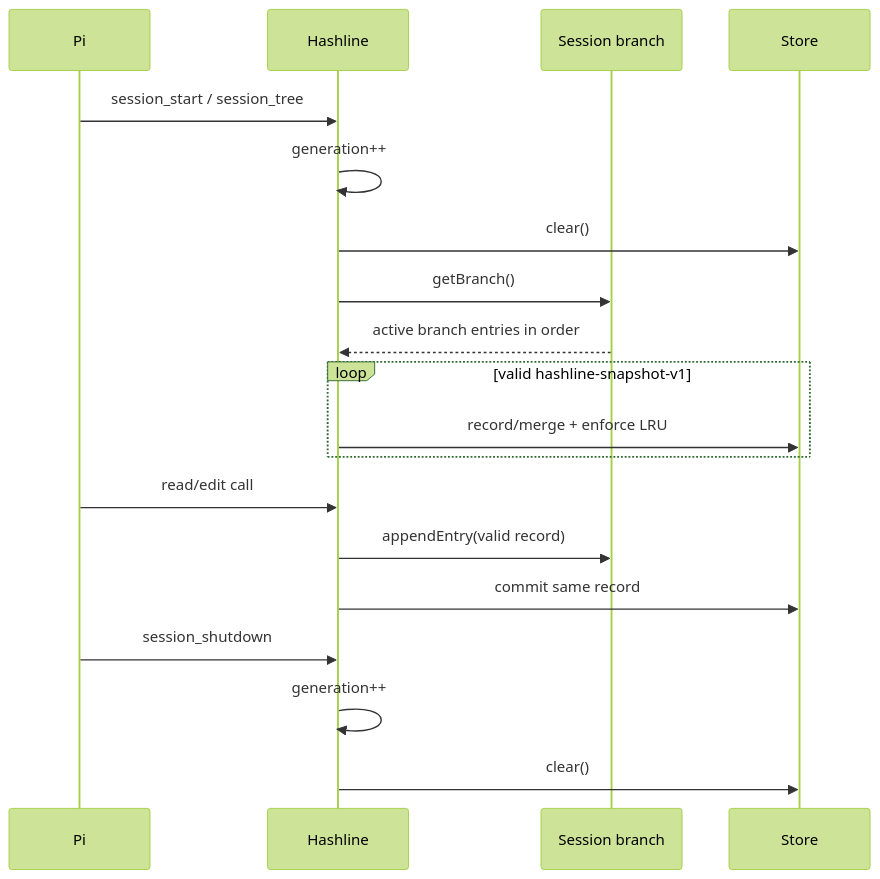
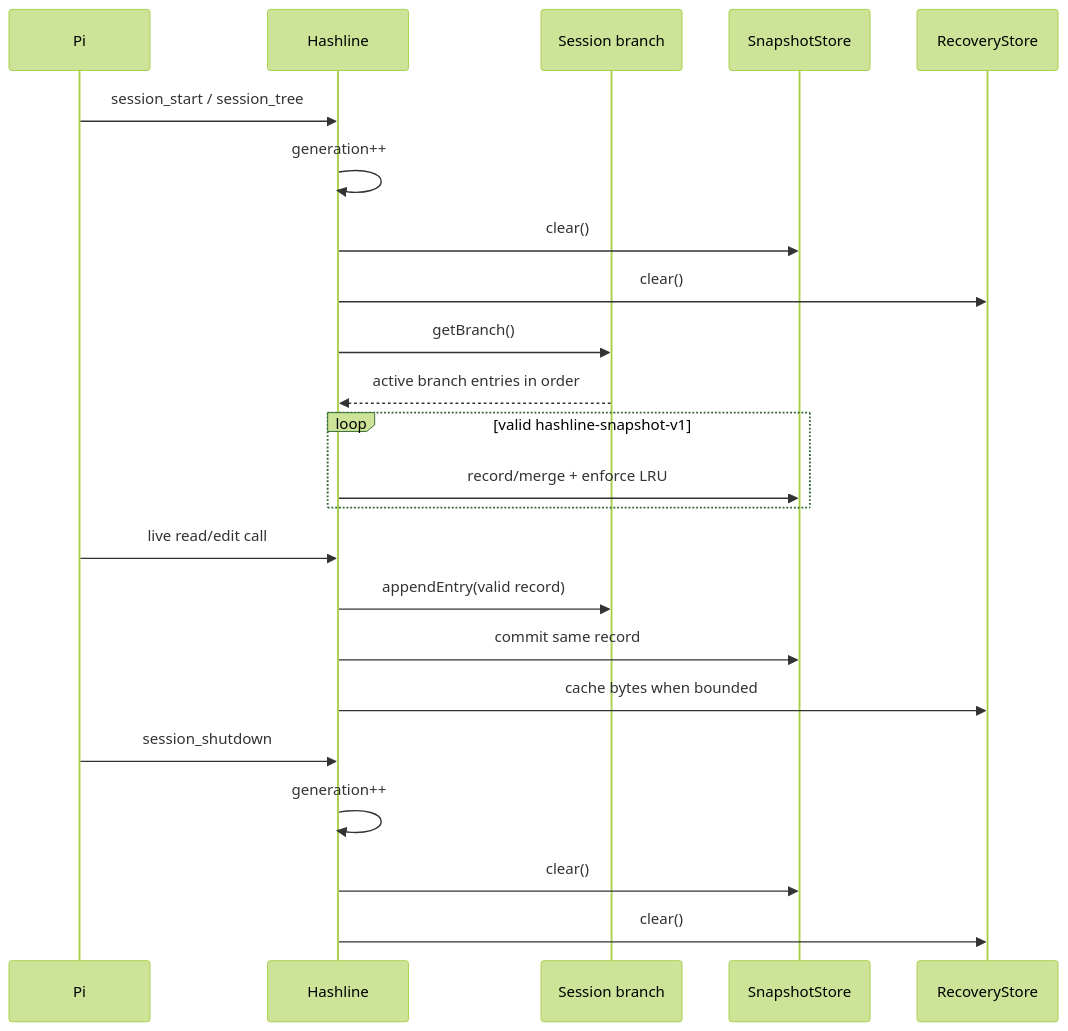
The second of 3 diagrams in docs/design/11-hashline-extension-design.md (jaronic/pi-extensions), drawn with Mermaid (forest theme) before and after one commit. The commit also changed other lines of this file and 17 other files, not shown here.

````diff
--- a/docs/design/11-hashline-extension-design.md
+++ b/docs/design/11-hashline-extension-design.md
@@ -509,22 +555,26 @@
 ```mermaid
 sequenceDiagram
     participant Pi
     participant Ext as Hashline
     participant Branch as Session branch
-    participant Store
+    participant Meta as SnapshotStore
+    participant Source as RecoveryStore
 
     Pi->>Ext: session_start / session_tree
     Ext->>Ext: generation++
-    Ext->>Store: clear()
+    Ext->>Meta: clear()
+    Ext->>Source: clear()
     Ext->>Branch: getBranch()
     Branch-->>Ext: active branch entries in order
     loop valid hashline-snapshot-v1
-      Ext->>Store: record/merge + enforce LRU
+      Ext->>Meta: record/merge + enforce LRU
     end
-    Pi->>Ext: read/edit call
+    Pi->>Ext: live read/edit call
     Ext->>Branch: appendEntry(valid record)
-    Ext->>Store: commit same record
+    Ext->>Meta: commit same record
+    Ext->>Source: cache bytes when bounded
     Pi->>Ext: session_shutdown
     Ext->>Ext: generation++
-    Ext->>Store: clear()
+    Ext->>Meta: clear()
+    Ext->>Source: clear()
 ```
````
